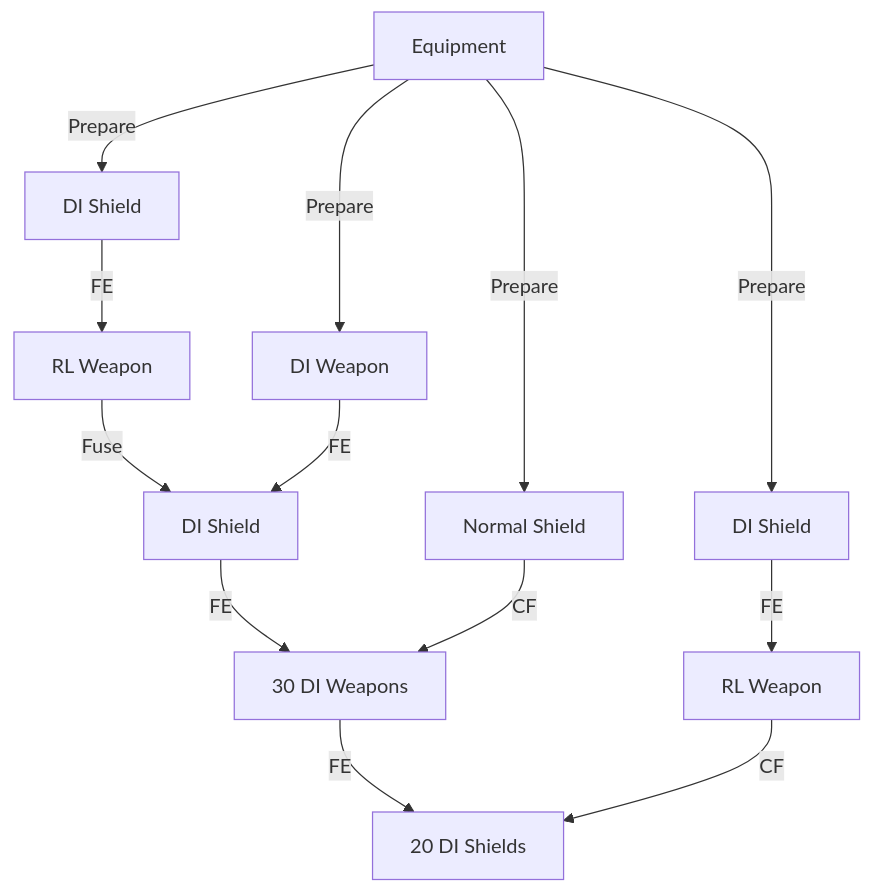
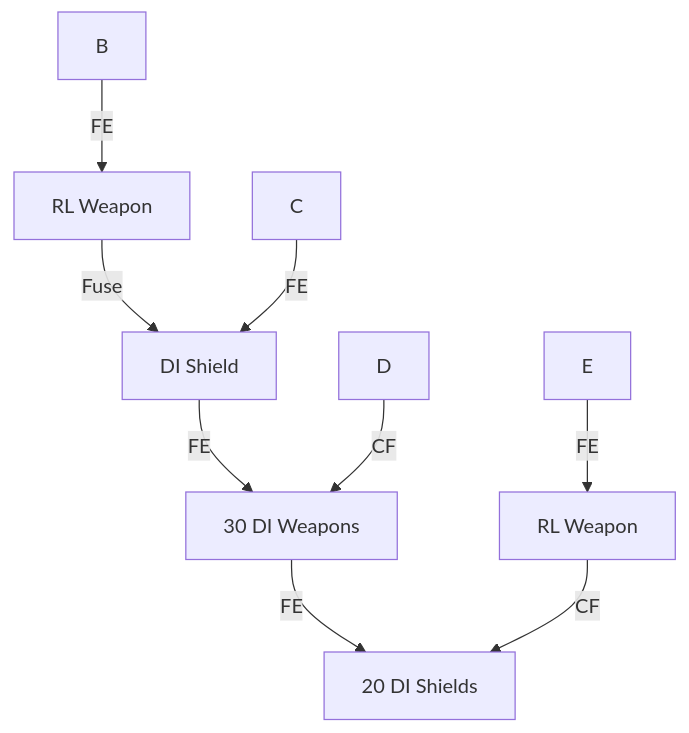
Before and after one commit to BKMzero/ultrabroken-documentation: the first of 3 diagrams in docs/wiki/_wip/sfo-nesting-test.md, drawn with Mermaid.

Commit message:
now, we must find the minimum conditions
the graph works so now i need to remove everything that doesn't matter. good luck doofus
(sorry for having to make like 10000 commits for this. I blame dst again)

````diff
--- a/docs/wiki/_wip/sfo-nesting-test.md
+++ b/docs/wiki/_wip/sfo-nesting-test.md
@@ -71,15 +71,11 @@
             ```mermaid
             graph TD
-                A[Equipment] -->|Prepare| B[DI Shield]
-                A -->|Prepare| C[DI Weapon] 
-                A -->|Prepare| D[Normal Shield]
-                A -->|Prepare| E[DI Shield]
                 B -->|FE| F[RL Weapon]
                 E -->|FE| G[RL Weapon]
                 F -->|Fuse| H[DI Shield]
                 C -->|FE| H
                 H -->|FE| I[30 DI Weapons]
                 D -->|CF| I
                 I -->|FE| J[20 DI Shields]
                 G -->|CF| J
             ```
````
